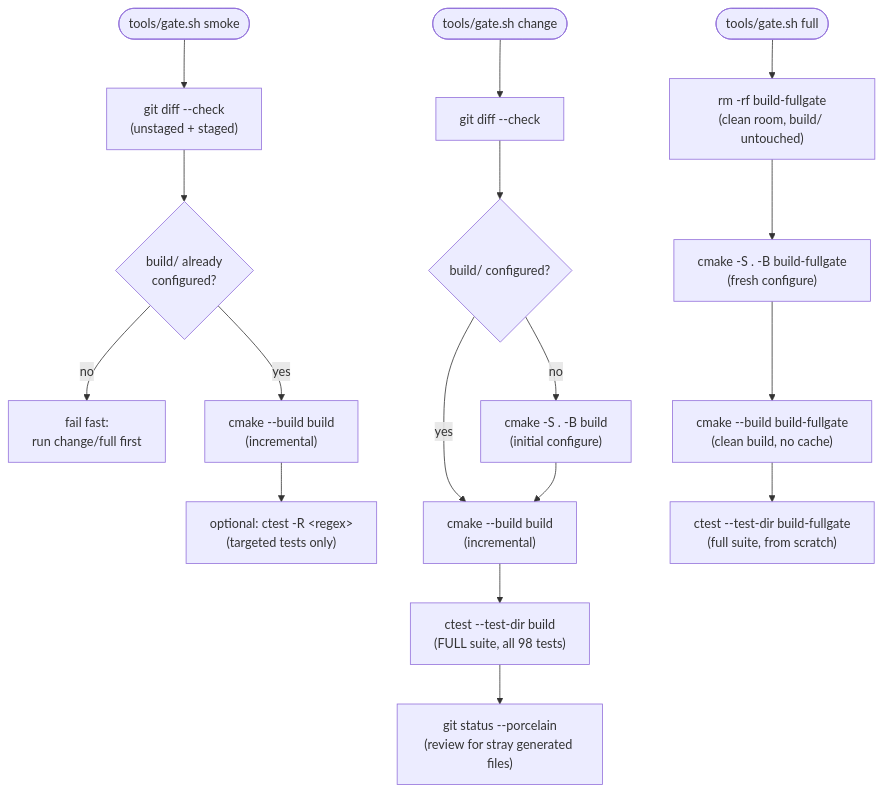
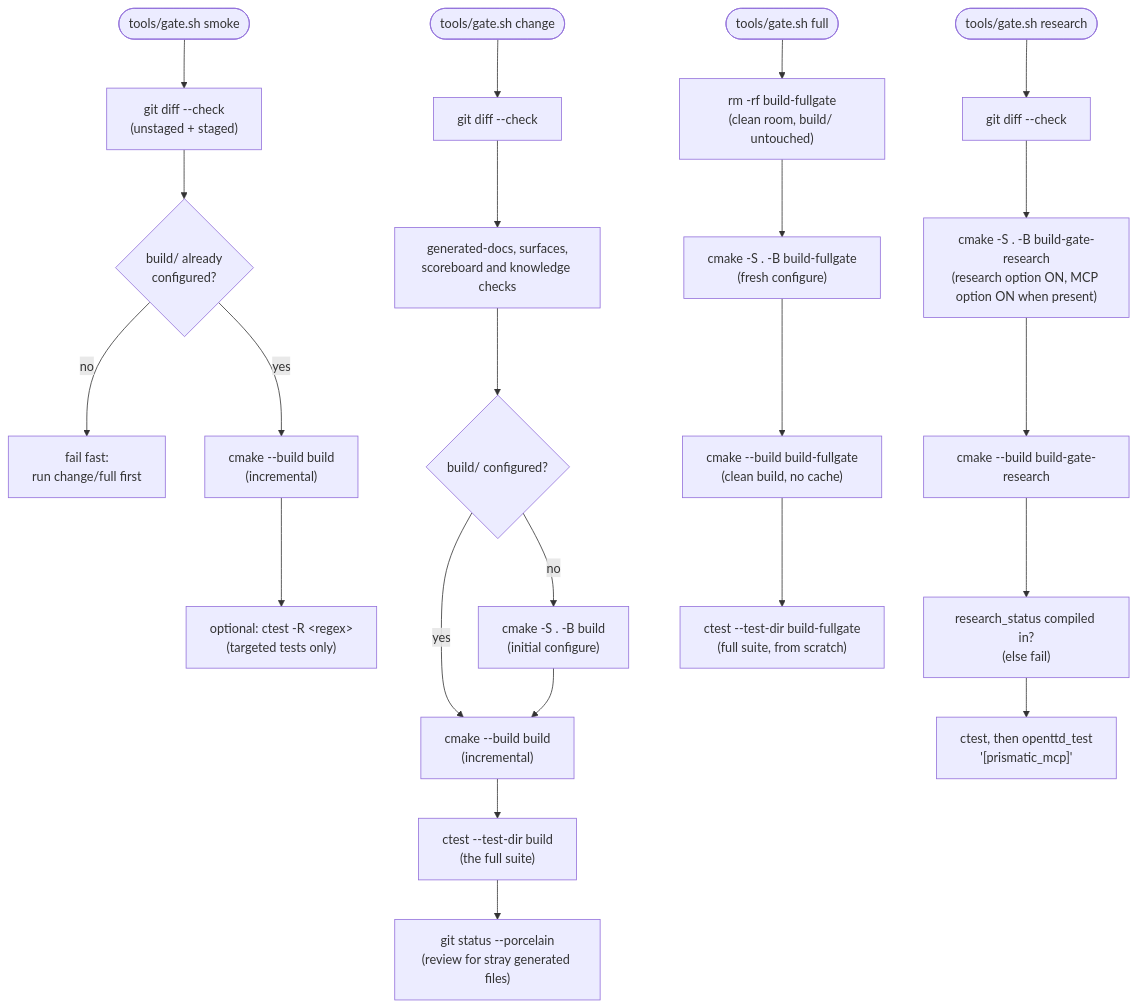
Before and after one commit to OpenTTD/OpenTTD: the seventh of 8 diagrams in README.md, drawn with Mermaid. The commit also changed other lines of this file and 24 other files, not shown here.

First line of the commit message:
Doc: [PrismaticMCP] The public documents describe what is built today: mutations, the toolbar, the Script API tools, the research tier and the bridge

````diff
--- a/README.md
+++ b/README.md
@@ -686,21 +690,28 @@
 ```mermaid
 flowchart TD
     S(["tools/gate.sh smoke"]) --> S1["git diff --check<br/>(unstaged + staged)"]
     S1 --> S2{"build/ already<br/>configured?"}
     S2 -- no --> SErr["fail fast:<br/>run change/full first"]
     S2 -- yes --> S3["cmake --build build<br/>(incremental)"]
     S3 --> SOpt["optional: ctest -R &lt;regex&gt;<br/>(targeted tests only)"]
 
     C(["tools/gate.sh change"]) --> C1["git diff --check"]
-    C1 --> C2{"build/ configured?"}
+    C1 --> C1a["generated-docs, surfaces,<br/>scoreboard and knowledge checks"]
+    C1a --> C2{"build/ configured?"}
     C2 -- no --> C2a["cmake -S . -B build<br/>(initial configure)"]
     C2 -- yes --> C3
     C2a --> C3["cmake --build build<br/>(incremental)"]
-    C3 --> C4["ctest --test-dir build<br/>(FULL suite, all 98 tests)"]
+    C3 --> C4["ctest --test-dir build<br/>(the full suite)"]
     C4 --> C5["git status --porcelain<br/>(review for stray generated files)"]
+
+    R(["tools/gate.sh research"]) --> R1["git diff --check"]
+    R1 --> R2["cmake -S . -B build-gate-research<br/>(research option ON, MCP option ON when present)"]
+    R2 --> R3["cmake --build build-gate-research"]
+    R3 --> R4["research_status compiled in?<br/>(else fail)"]
+    R4 --> R5["ctest, then openttd_test<br/>'[prismatic_mcp]'"]
 
     F(["tools/gate.sh full"]) --> F1["rm -rf build-fullgate<br/>(clean room, build/ untouched)"]
     F1 --> F2["cmake -S . -B build-fullgate<br/>(fresh configure)"]
     F2 --> F3["cmake --build build-fullgate<br/>(clean build, no cache)"]
     F3 --> F4["ctest --test-dir build-fullgate<br/>(full suite, from scratch)"]
 ```
````
